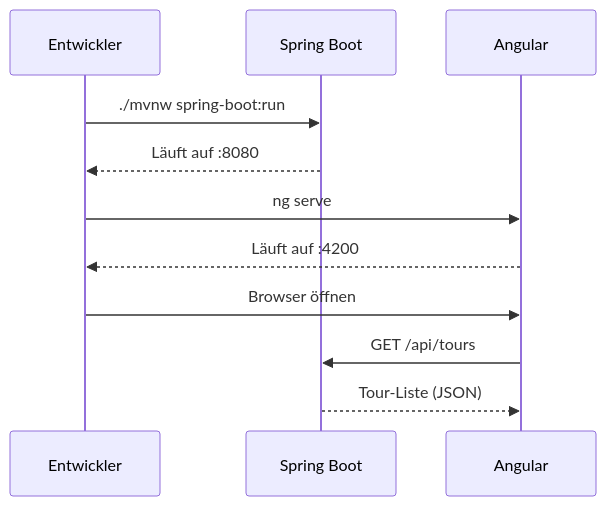
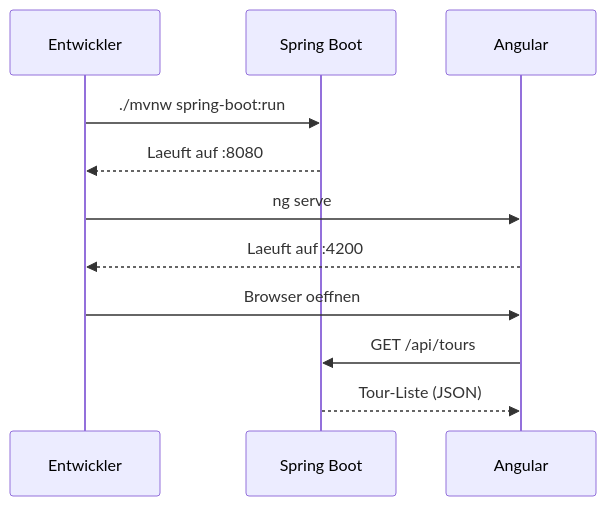
One commit to cemesisk/Team9 changed the third of 3 diagrams in DOCUMENTATION.md. Above: the diagram before and after it, drawn with Mermaid. The commit also changed other lines of this file and 58 other files, not shown here.

````diff
--- a/DOCUMENTATION.md
+++ b/DOCUMENTATION.md
@@ -389,14 +389,14 @@
 ```mermaid
 sequenceDiagram
     participant Dev as Entwickler
     participant BE as Spring Boot
     participant FE as Angular
 
     Dev->>BE: ./mvnw spring-boot:run
-    BE-->>Dev: Läuft auf :8080
+    BE-->>Dev: Laeuft auf :8080
     Dev->>FE: ng serve
-    FE-->>Dev: Läuft auf :4200
-    Dev->>FE: Browser öffnen
+    FE-->>Dev: Laeuft auf :4200
+    Dev->>FE: Browser oeffnen
     FE->>BE: GET /api/tours
     BE-->>FE: Tour-Liste (JSON)
 ```
````
